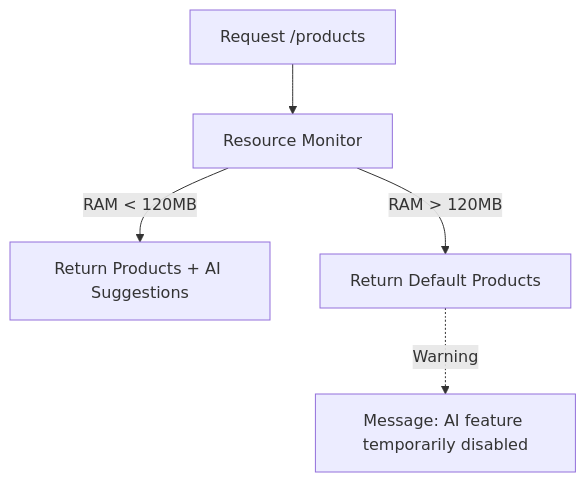
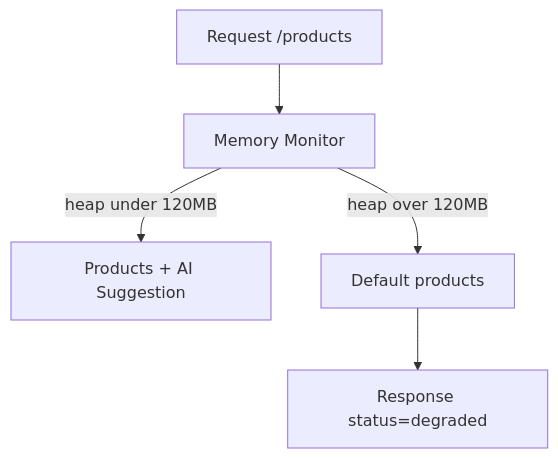
The second of 2 diagrams in .mount/data/courses/1-system-design-mastery/modules/5-reliability-and-resilience-patterns/contents/3-health-checks-and-graceful-degradation/en.md (starci-lab/starci-academy-backend), drawn with Mermaid before and after one commit. The commit also changed other lines of this file and 25 other files, not shown here.

````diff
--- a/.mount/data/courses/1-system-design-mastery/modules/5-reliability-and-resilience-patterns/contents/3-health-checks-and-graceful-degradation/en.md
+++ b/.mount/data/courses/1-system-design-mastery/modules/5-reliability-and-resilience-patterns/contents/3-health-checks-and-graceful-degradation/en.md
@@ -25,7 +300,7 @@
 ```mermaid
 flowchart TD
-    Req[Request /products] --> Monitor[Resource Monitor]
-    Monitor -->|RAM < 120MB| Normal[Return Products + AI Suggestions]
-    Monitor -->|RAM > 120MB| Degraded[Return Default Products]
-    Degraded -.->|Warning| User[Message: AI feature temporarily disabled]
+	Req["Request /products"] --> Monitor["Memory Monitor"]
+	Monitor -->|heap under 120MB| Normal["Products + AI Suggestion"]
+	Monitor -->|heap over 120MB| Degraded["Default products"]
+	Degraded --> Notice["Response status=degraded"]
 ```
````
